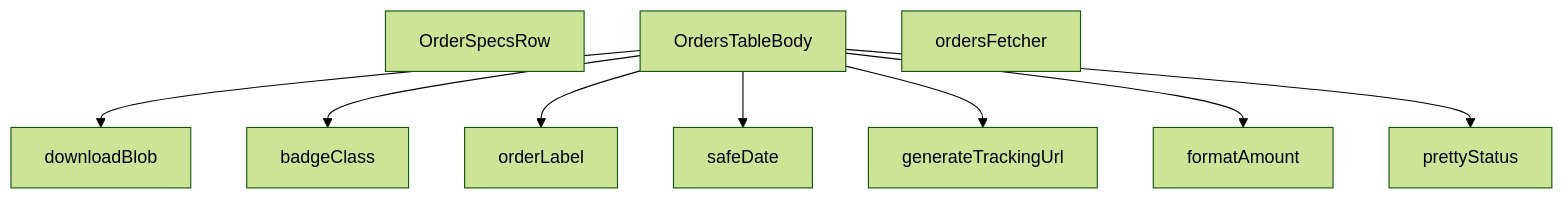
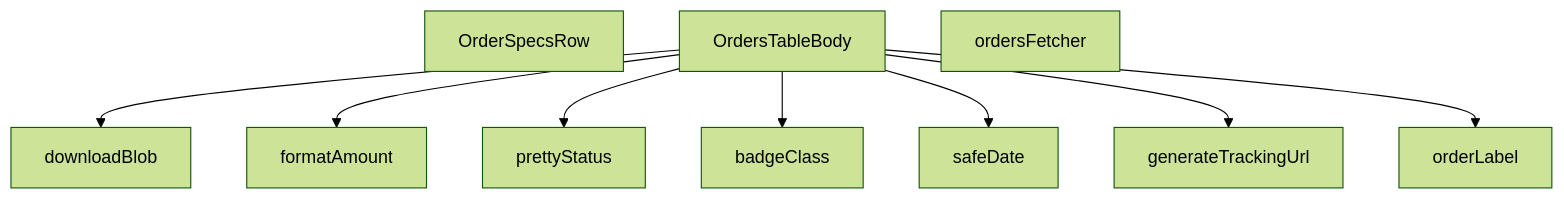
The diagram in src/views/admin/OrdersTableBody.md (peckop/venthub-hvac-esite), drawn with Mermaid (forest theme) before and after one commit. The commit also changed other lines of this file and 105 other files, not shown here.

````diff
--- a/src/views/admin/OrdersTableBody.md
+++ b/src/views/admin/OrdersTableBody.md
@@ -388,20 +417,20 @@
 ```mermaid
 graph TD
     OrdersTableBody_tsx__OrderSpecsRow["OrderSpecsRow"]
     OrdersTableBody_tsx__OrdersTableBody["OrdersTableBody"]
     OrdersTableBody_tsx__badgeClass["badgeClass"]
     OrdersTableBody_tsx__downloadBlob["downloadBlob"]
     OrdersTableBody_tsx__formatAmount["formatAmount"]
     OrdersTableBody_tsx__generateTrackingUrl["generateTrackingUrl"]
     OrdersTableBody_tsx__orderLabel["orderLabel"]
     OrdersTableBody_tsx__ordersFetcher["ordersFetcher"]
     OrdersTableBody_tsx__prettyStatus["prettyStatus"]
     OrdersTableBody_tsx__safeDate["safeDate"]
     OrdersTableBody_tsx__OrdersTableBody --> OrdersTableBody_tsx__downloadBlob
+    OrdersTableBody_tsx__OrdersTableBody --> OrdersTableBody_tsx__formatAmount
+    OrdersTableBody_tsx__OrdersTableBody --> OrdersTableBody_tsx__prettyStatus
     OrdersTableBody_tsx__OrdersTableBody --> OrdersTableBody_tsx__badgeClass
-    OrdersTableBody_tsx__OrdersTableBody --> OrdersTableBody_tsx__orderLabel
     OrdersTableBody_tsx__OrdersTableBody --> OrdersTableBody_tsx__safeDate
     OrdersTableBody_tsx__OrdersTableBody --> OrdersTableBody_tsx__generateTrackingUrl
-    OrdersTableBody_tsx__OrdersTableBody --> OrdersTableBody_tsx__formatAmount
-    OrdersTableBody_tsx__OrdersTableBody --> OrdersTableBody_tsx__prettyStatus
+    OrdersTableBody_tsx__OrdersTableBody --> OrdersTableBody_tsx__orderLabel
 ```
````
